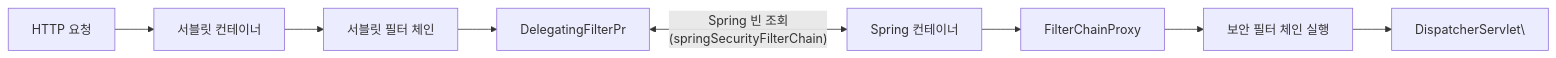
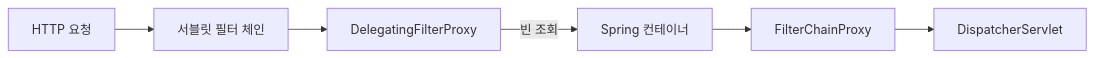
Before and after one commit to yjkim2015/yjkim2015.github.io: the first of 3 diagrams in _posts/security/2021-05-19-DelegatingFilterProxy.md, drawn with Mermaid. The commit also changed other lines of this file and 163 other files, not shown here.

First line of the commit message:
Mermaid 300개 블록 내용 축소: 5노드 5엣지 이하, 의미 있는 약어

````diff
--- a/_posts/security/2021-05-19-DelegatingFilterProxy.md
+++ b/_posts/security/2021-05-19-DelegatingFilterProxy.md
@@ -20,10 +20,8 @@
 ```mermaid
-flowchart LR
-    A["HTTP 요청"] --> B["서블릿 컨테이너"]
-    B --> C["서블릿 필터 체인"]
-    C --> D["DelegatingFilterPr"]
-    D <-- "Spring 빈 조회\n(springSecurityFilterChain)" --> E["Spring 컨테이너"]
+graph LR
+    A["HTTP 요청"] --> B["서블릿 필터 체인"]
+    B --> D["DelegatingFilterProxy"]
+    D -->|빈 조회| E["Spring 컨테이너"]
     E --> F["FilterChainProxy"]
-    F --> G["보안 필터 체인 실행"]
-    G --> H["DispatcherServlet\"]
+    F --> H["DispatcherServlet"]
 ```
````
